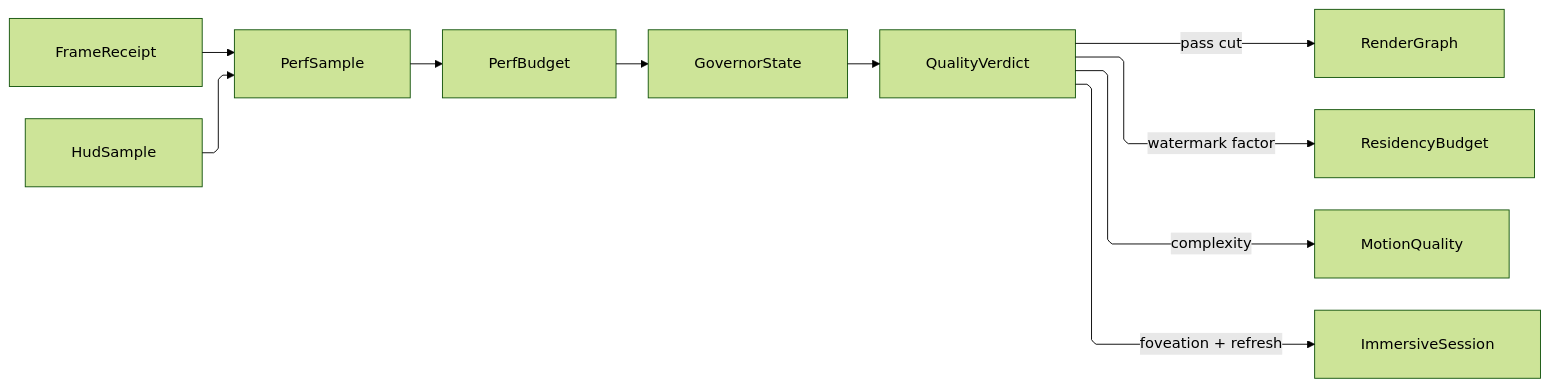
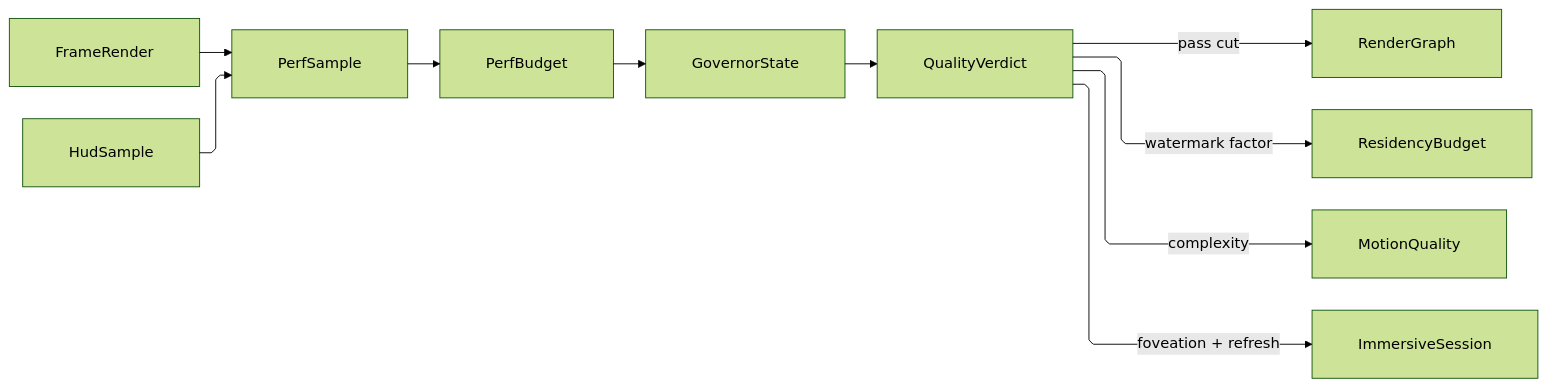
The diagram in libs/dotnet/Rasm.AppUi/.planning/Diagnostics/governor.md (bsamiee/Rasm), drawn with Mermaid (forest theme) before and after one commit. The commit also changed other lines of this file and 1417 other files, not shown here.

````diff
--- a/libs/dotnet/Rasm.AppUi/.planning/Diagnostics/governor.md
+++ b/libs/dotnet/Rasm.AppUi/.planning/Diagnostics/governor.md
@@ -236,21 +252,21 @@
 ```mermaid
 ---
 config:
   layout: elk
   flowchart:
     curve: linear
     padding: 25
 ---
 flowchart LR
     accTitle: Frame-budget governor verdict fan
-    accDescr: Frame and HUD receipts folding into one performance sample measured against the budget, the governor state resolving one quality verdict, and that verdict driving the render pass cut, residency watermark, motion complexity, and immersive foveation.
-    FrameReceipt --> PerfSample
+    accDescr: Frame and HUD results folding into one performance sample measured against the budget, the governor state resolving one quality verdict, and that verdict driving the render pass cut, residency watermark, motion complexity, and immersive foveation.
+    FrameRender --> PerfSample
     HudSample --> PerfSample
     PerfSample --> PerfBudget
     PerfBudget --> GovernorState
     GovernorState --> QualityVerdict
     QualityVerdict -->|pass cut| RenderGraph
     QualityVerdict -->|watermark factor| ResidencyBudget
     QualityVerdict -->|complexity| MotionQuality
     QualityVerdict -->|foveation + refresh| ImmersiveSession
 ```
````
